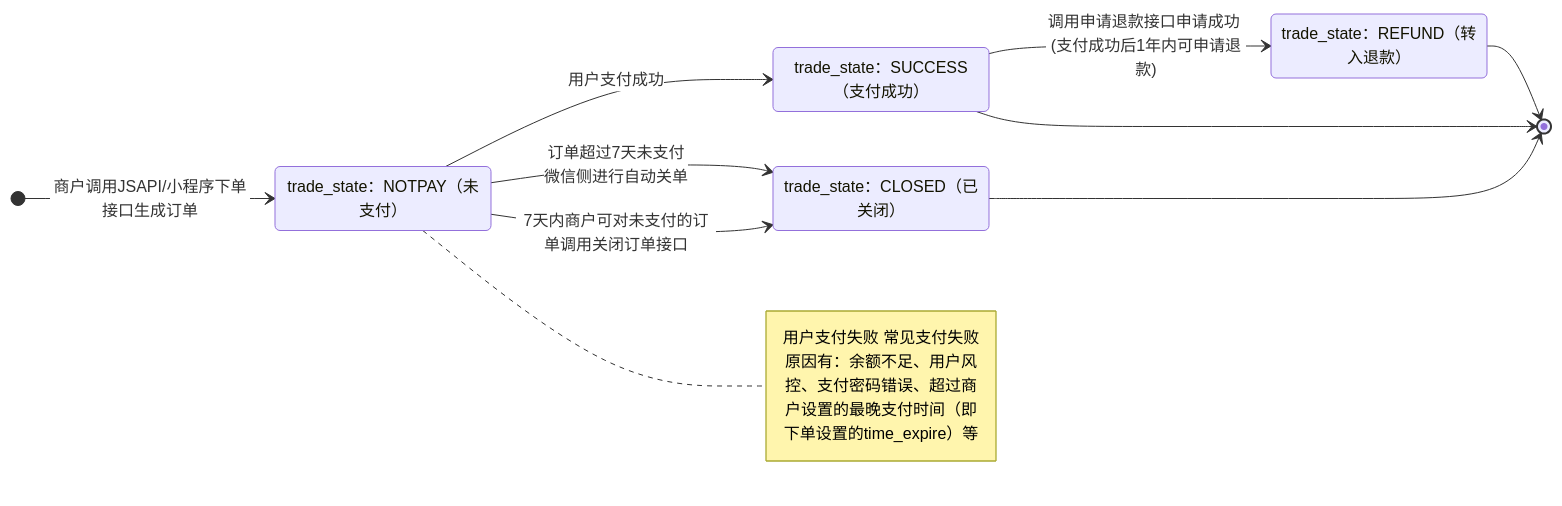
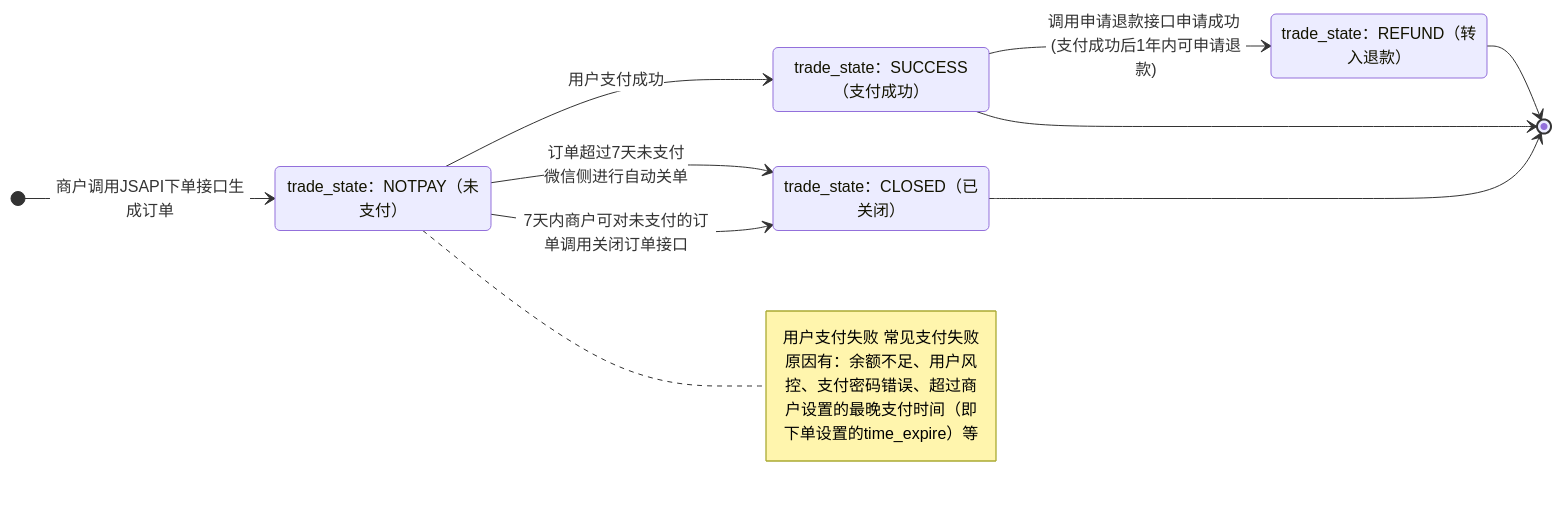
One commit to minibear2021/wechatpay_docs changed the fourth of 4 diagrams in docs/merchant/pages/4012791870.md. Above: the diagram before and after it, drawn with Mermaid. The commit also changed other lines of this file and 18 other files, not shown here.

````diff
--- a/docs/merchant/pages/4012791870.md
+++ b/docs/merchant/pages/4012791870.md
@@ -130,23 +161,23 @@
 ```mermaid
 %%{init: {'themeVariables':{'edgeLabelBackground':'#ffffff'}}}%%
 stateDiagram-v2
     direction LR
     state "trade_state：NOTPAY（未支付）" as trade_state
     state "trade_state：CLOSED（已关闭）" as S1
     state "trade_state：SUCCESS（支付成功）" as S2
     state "trade_state：REFUND（转入退款）" as S3
 
 
     trade_state --> S2: 用户支付成功
     trade_state --> S1: 订单超过7天未支付<br/>微信侧进行自动关单
     S2 --> S3: 调用申请退款接口申请成功 (支付成功后1年内可申请退款)
     trade_state --> S1: 7天内商户可对未支付的订单调用关闭订单接口
     note right of trade_state
     	用户支付失败 常见支付失败原因有：余额不足、用户风控、支付密码错误、超过商户设置的最晚支付时间（即下单设置的time_expire）等
     end note
 
     S3 --> [*]
     S1 --> [*]
     S2 --> [*]
-    [*] --> trade_state: 商户调用JSAPI/小程序下单接口生成订单
+    [*] --> trade_state: 商户调用JSAPI下单接口生成订单
 ```
````
